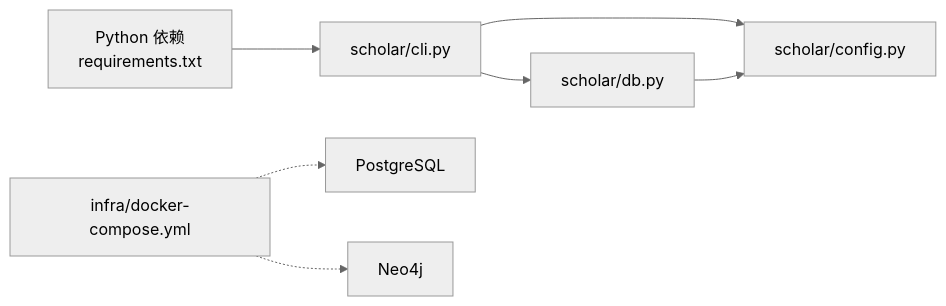
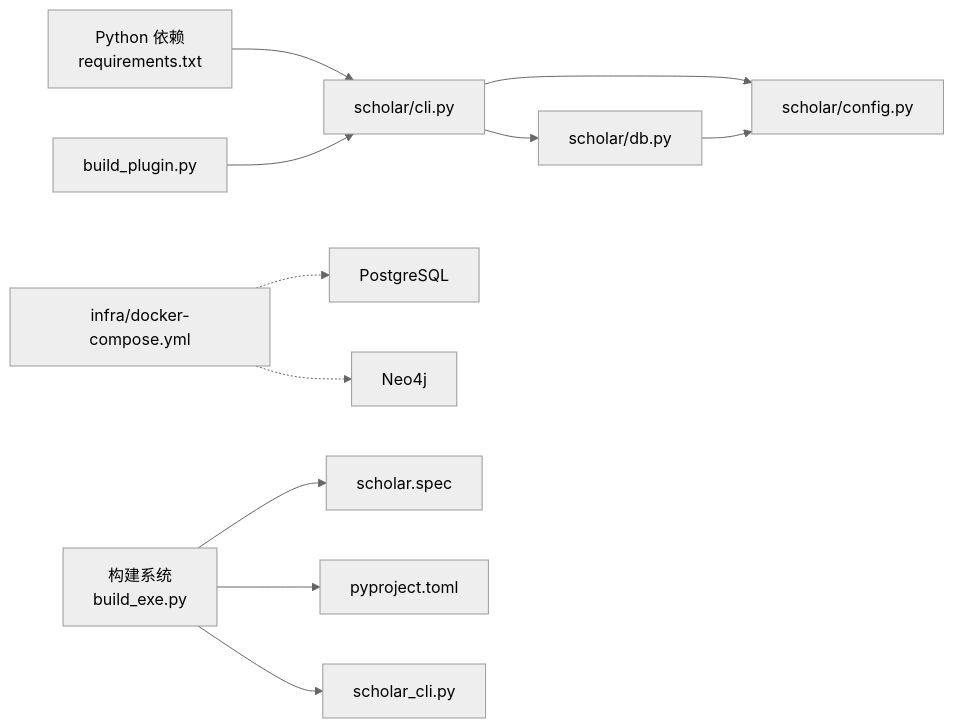
Before and after one commit to 1173591564/academic-based-qoder: the ninth of 9 diagrams in .qoder/repowiki/zh/content/部署与运维/部署与运维.md, drawn with Mermaid (neutral theme). The commit also changed other lines of this file and 68 other files, not shown here.

````diff
--- a/.qoder/repowiki/zh/content/部署与运维/部署与运维.md
+++ b/.qoder/repowiki/zh/content/部署与运维/部署与运维.md
@@ -409,9 +571,13 @@
 ```mermaid
 graph LR
 CLI["scholar/cli.py"] --> CFG["scholar/config.py"]
 CLI --> DB["scholar/db.py"]
 DB --> CFG
 DC["infra/docker-compose.yml"] -.-> PG["PostgreSQL"]
 DC -.-> N4J["Neo4j"]
 PY["Python 依赖<br/>requirements.txt"] --> CLI
+BUILD["构建系统<br/>build_exe.py"] --> SPEC["scholar.spec"]
+BUILD --> SETUP["pyproject.toml"]
+BUILD --> ENDPOINT["scholar_cli.py"]
+PLUGIN["build_plugin.py"] --> CLI
 ```
````
